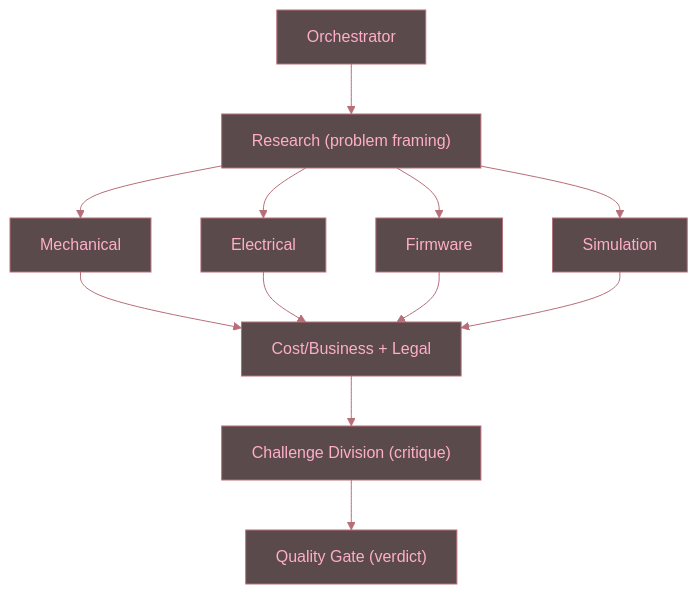
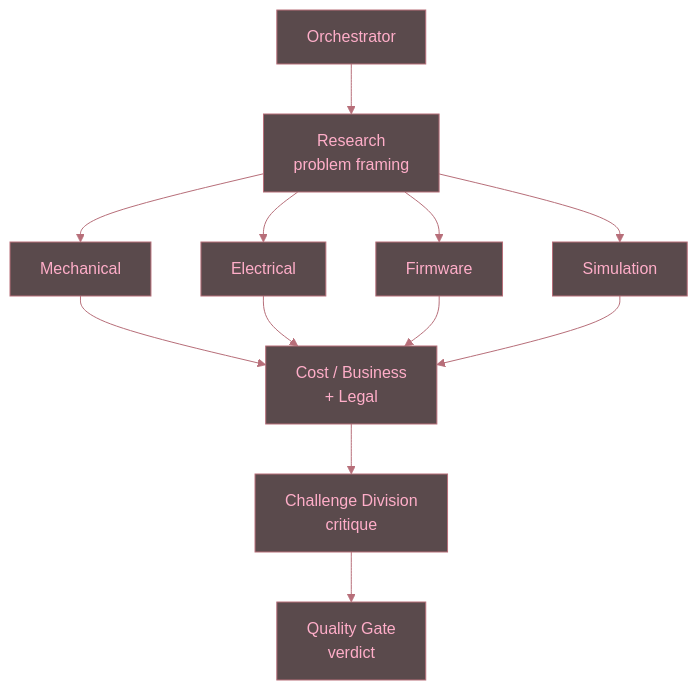
Before and after one commit to psi16181918161phi/engineering-studio-ai: the diagram in docs/JUDGES_GUIDE.md, drawn with Mermaid. The commit also changed other lines of this file and 12 other files, not shown here.

````diff
--- a/docs/JUDGES_GUIDE.md
+++ b/docs/JUDGES_GUIDE.md
@@ -89,24 +91,21 @@
 ```mermaid
 %%{init: {'theme': 'base', 'themeVariables': {
   'background': '#000000',
   'primaryColor': '#5A4A4C',
   'primaryTextColor': '#FFAEC9',
   'primaryBorderColor': '#B76E79',
   'lineColor': '#B76E79',
   'secondaryColor': '#5A4A4C',
   'tertiaryColor': '#000000',
   'fontFamily': 'inherit'
 }}}%%
 flowchart TD
-    O["Orchestrator"] --> R["Research (problem framing)"]
+    O["Orchestrator"] --> R["Research<br/>problem framing"]
     R --> M["Mechanical"]
     R --> E["Electrical"]
     R --> F["Firmware"]
     R --> S["Simulation"]
-    M --> CB["Cost/Business + Legal"]
-    E --> CB
-    F --> CB
-    S --> CB
-    CB --> CD["Challenge Division (critique)"]
-    CD --> QG["Quality Gate (verdict)"]
+    M & E & F & S --> CB["Cost / Business<br/>+ Legal"]
+    CB --> CD["Challenge Division<br/>critique"]
+    CD --> QG["Quality Gate<br/>verdict"]
 ```
````
